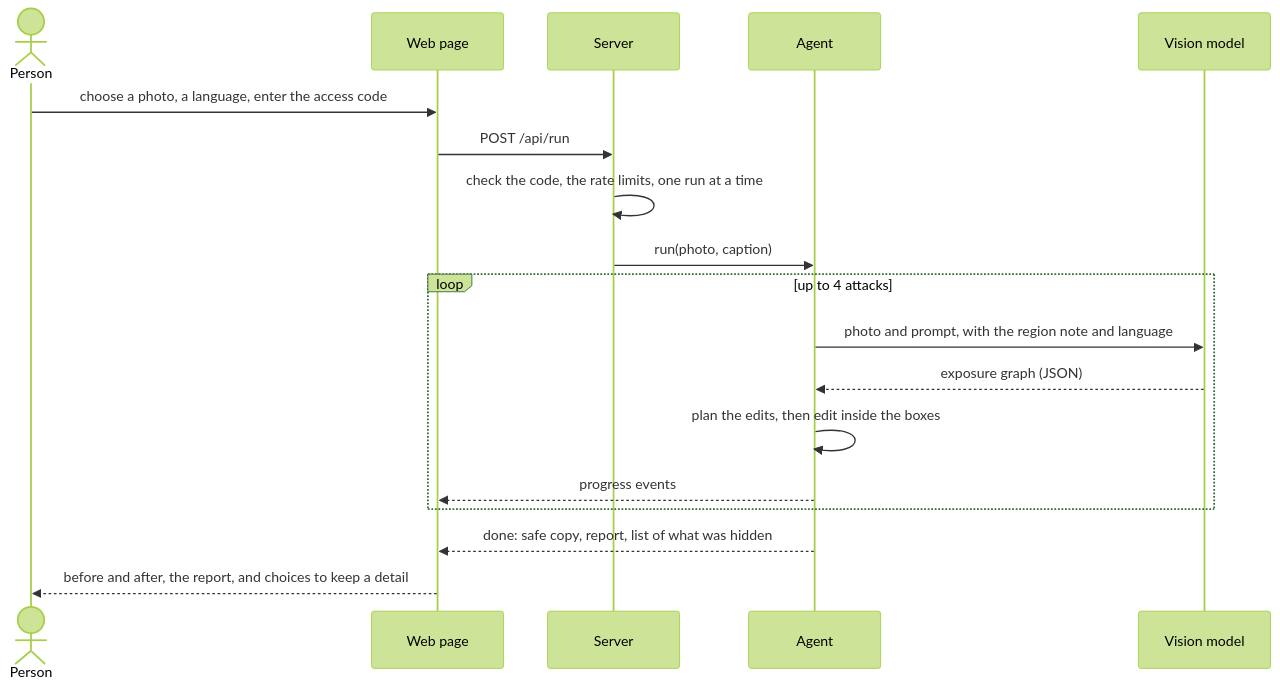
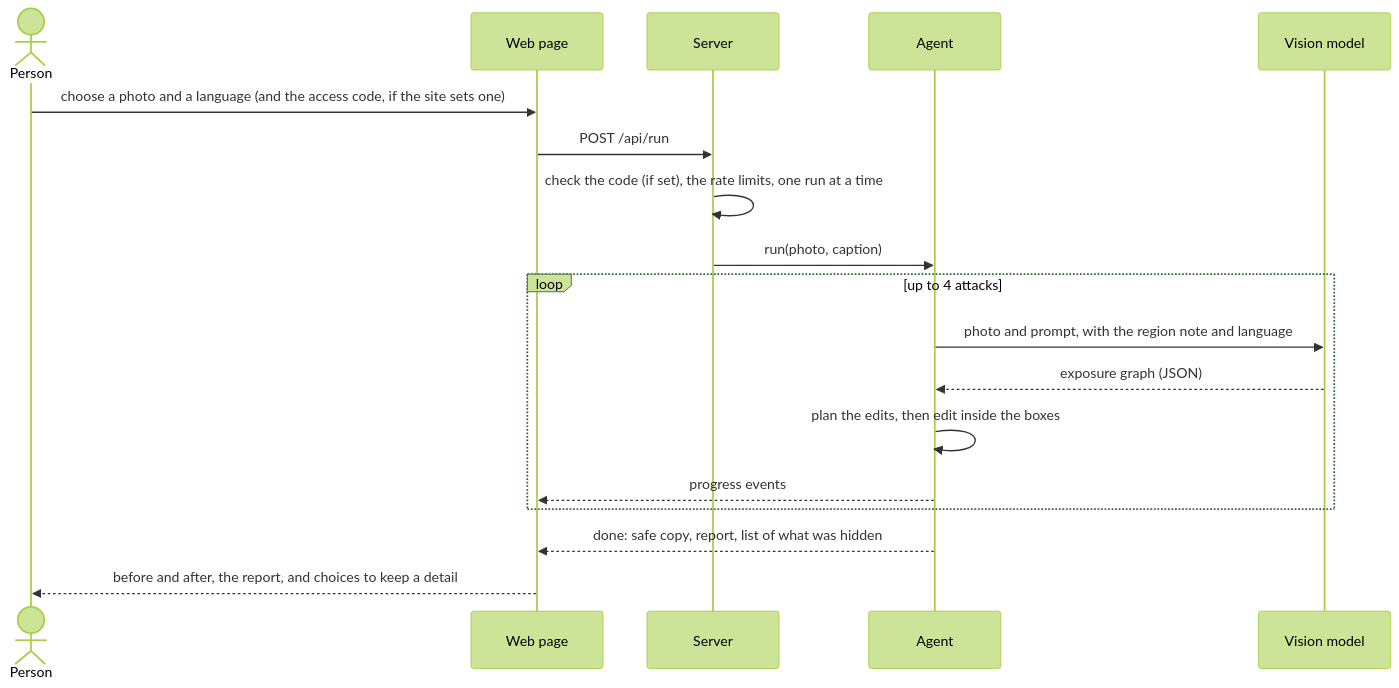
Before and after one commit to Yasaswini-ch/snap-safe-india: the third of 7 diagrams in docs/architecture.md, drawn with Mermaid (forest theme). The commit also changed other lines of this file and 5 other files, not shown here.

Commit message:
Several API keys in a pool that rotate and cover for each other; live runs no longer need an access code by default

````diff
--- a/docs/architecture.md
+++ b/docs/architecture.md
@@ -59,21 +59,21 @@
 ```mermaid
 sequenceDiagram
   actor U as Person
   participant P as Web page
   participant S as Server
   participant A as Agent
   participant M as Vision model
 
-  U->>P: choose a photo, a language, enter the access code
+  U->>P: choose a photo and a language (and the access code, if the site sets one)
   P->>S: POST /api/run
-  S->>S: check the code, the rate limits, one run at a time
+  S->>S: check the code (if set), the rate limits, one run at a time
   S->>A: run(photo, caption)
   loop up to 4 attacks
     A->>M: photo and prompt, with the region note and language
     M-->>A: exposure graph (JSON)
     A->>A: plan the edits, then edit inside the boxes
     A-->>P: progress events
   end
   A-->>P: done: safe copy, report, list of what was hidden
   P-->>U: before and after, the report, and choices to keep a detail
 ```
````
